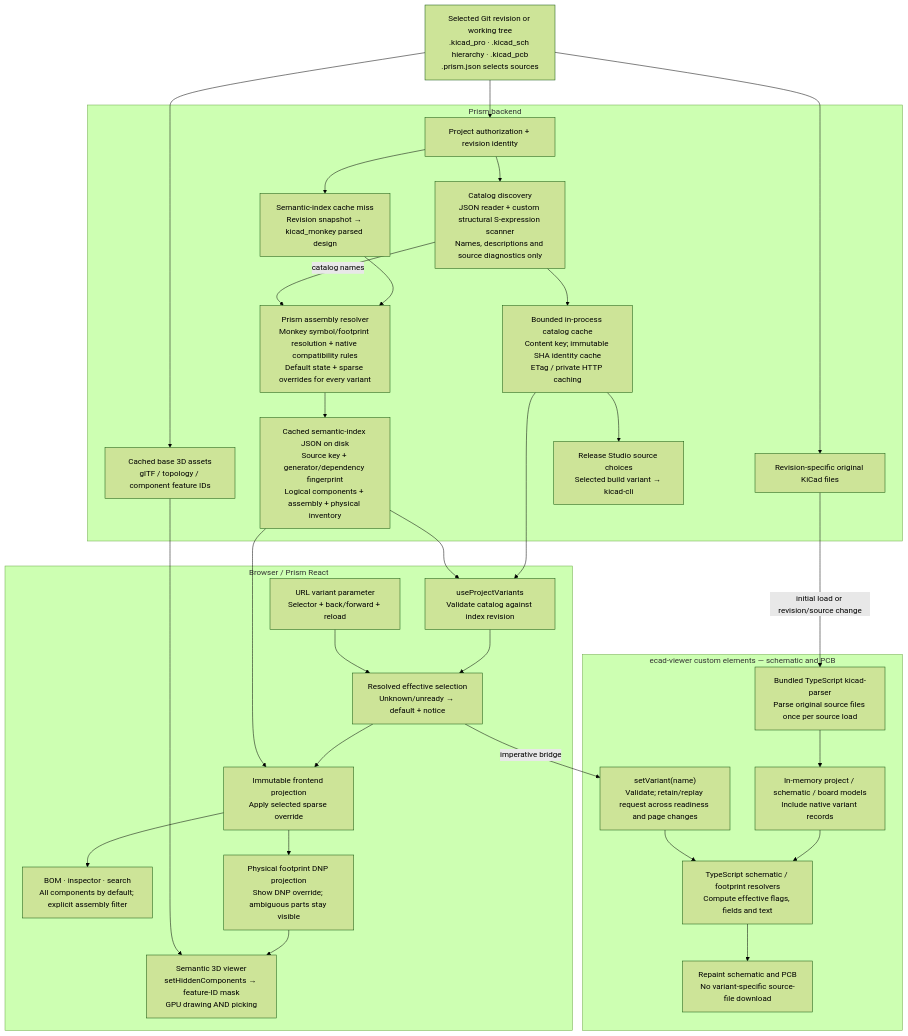
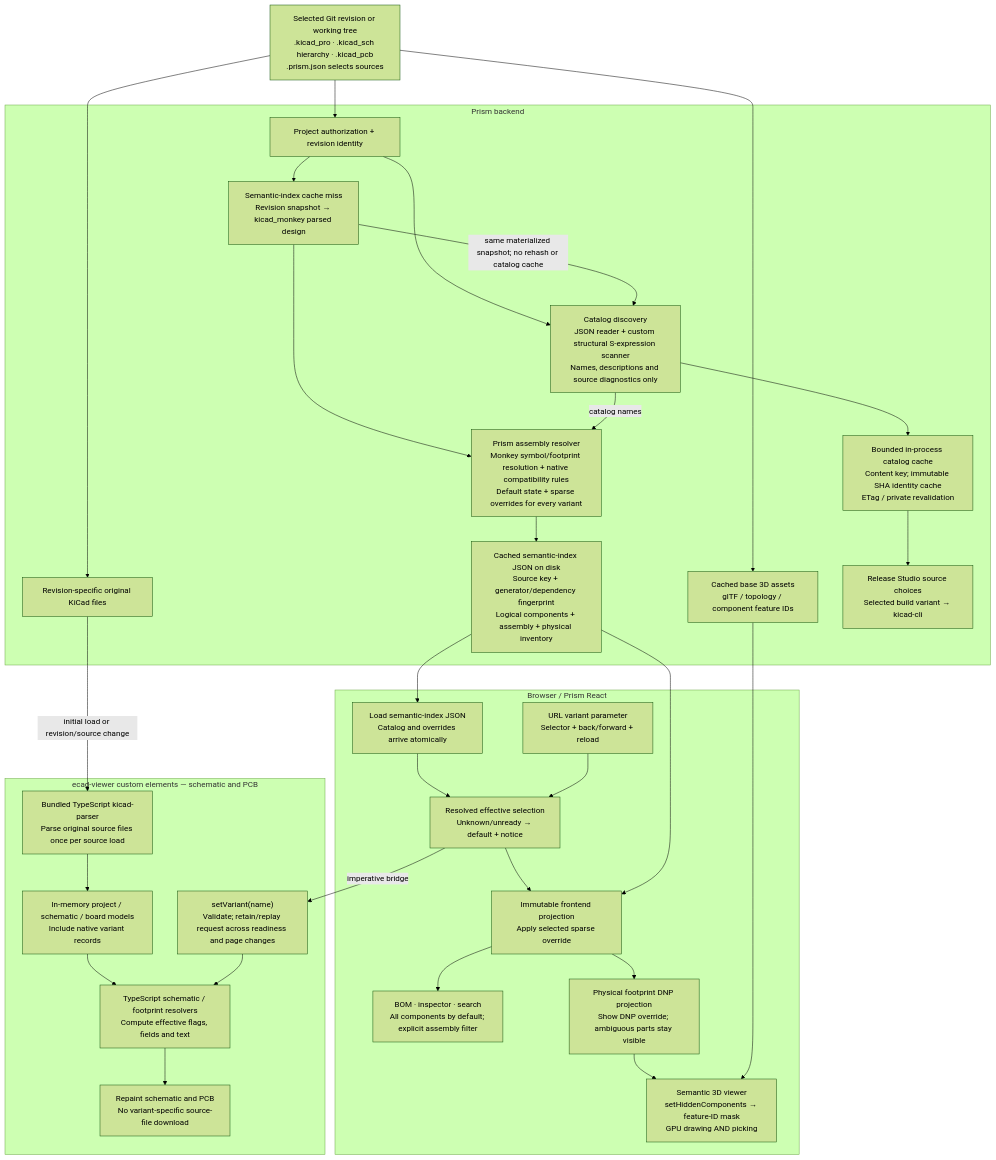
One commit to FreedomVeiculosEletricos/KiCAD-Prism changed the diagram in docs/reviews/design-variants-review-2026-09-17.md. Above: the diagram before and after it, drawn with Mermaid (forest theme). The commit also changed other lines of this file and 16 other files, not shown here.

Commit message:
refactor(variants): use index catalog and skip irrelevant source scans

````diff
--- a/docs/reviews/design-variants-review-2026-09-17.md
+++ b/docs/reviews/design-variants-review-2026-09-17.md
@@ -87,54 +87,54 @@
 ```mermaid
 flowchart TB
     SRC["Selected Git revision or working tree<br/>.kicad_pro · .kicad_sch hierarchy · .kicad_pcb<br/>.prism.json selects sources"]
 
     subgraph BE["Prism backend"]
         AUTH["Project authorization + revision identity"]
         CAT["Catalog discovery<br/>JSON reader + custom structural S-expression scanner<br/>Names, descriptions and source diagnostics only"]
-        CC["Bounded in-process catalog cache<br/>Content key; immutable SHA identity cache<br/>ETag / private HTTP caching"]
+        CC["Bounded in-process catalog cache<br/>Content key; immutable SHA identity cache<br/>ETag / private revalidation"]
         MONKEY["Semantic-index cache miss<br/>Revision snapshot → kicad_monkey parsed design"]
         RES["Prism assembly resolver<br/>Monkey symbol/footprint resolution + native compatibility rules<br/>Default state + sparse overrides for every variant"]
         IC["Cached semantic-index JSON on disk<br/>Source key + generator/dependency fingerprint<br/>Logical components + assembly + physical inventory"]
         FILES["Revision-specific original KiCad files"]
         GEOM["Cached base 3D assets<br/>glTF / topology / component feature IDs"]
         REL["Release Studio source choices<br/>Selected build variant → kicad-cli"]
         AUTH --> CAT --> CC
         AUTH --> MONKEY --> RES --> IC
+        MONKEY -->|same materialized snapshot; no rehash or catalog cache| CAT
         CAT -->|catalog names| RES
         CC --> REL
     end
 
     subgraph FE["Browser / Prism React"]
-        LOAD["useProjectVariants<br/>Validate catalog against index revision"]
+        LOAD["Load semantic-index JSON<br/>Catalog and overrides arrive atomically"]
         URL["URL variant parameter<br/>Selector + back/forward + reload"]
         SELECT["Resolved effective selection<br/>Unknown/unready → default + notice"]
         PROJ["Immutable frontend projection<br/>Apply selected sparse override"]
         TABLE["BOM · inspector · search<br/>All components by default; explicit assembly filter"]
         VIS["Physical footprint DNP projection<br/>Show DNP override; ambiguous parts stay visible"]
         GPU["Semantic 3D viewer<br/>setHiddenComponents → feature-ID mask<br/>GPU drawing AND picking"]
         LOAD --> SELECT
         URL --> SELECT
         SELECT --> PROJ --> TABLE
         PROJ --> VIS --> GPU
     end
 
     subgraph ECAD["ecad-viewer custom elements — schematic and PCB"]
         PARSE["Bundled TypeScript kicad-parser<br/>Parse original source files once per source load"]
         AST["In-memory project / schematic / board models<br/>Include native variant records"]
         SET["setVariant(name)<br/>Validate; retain/replay request across readiness and page changes"]
         CLIENT["TypeScript schematic / footprint resolvers<br/>Compute effective flags, fields and text"]
         PAINT["Repaint schematic and PCB<br/>No variant-specific source-file download"]
         PARSE --> AST --> CLIENT --> PAINT
         SET --> CLIENT
     end
 
     SRC --> AUTH
     SRC --> FILES
     SRC --> GEOM
-    CC --> LOAD
     IC --> LOAD
     IC --> PROJ
     FILES -->|initial load or revision/source change| PARSE
     SELECT -->|imperative bridge| SET
     GEOM --> GPU
 ```
````
